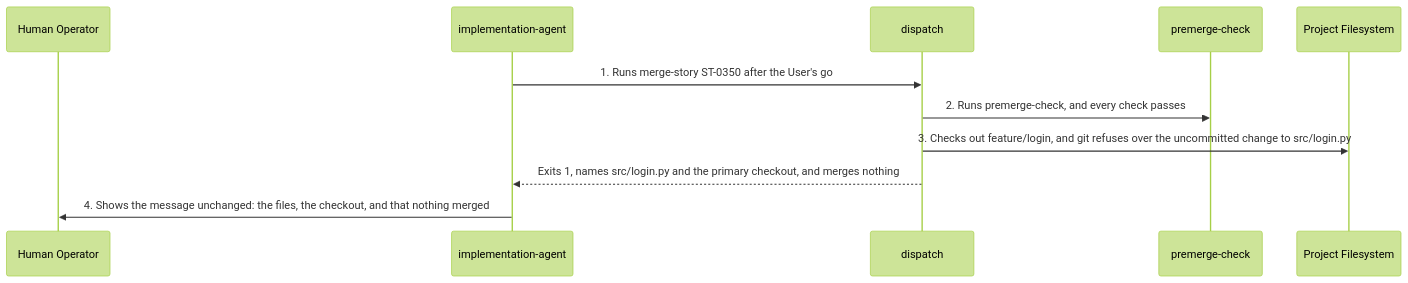
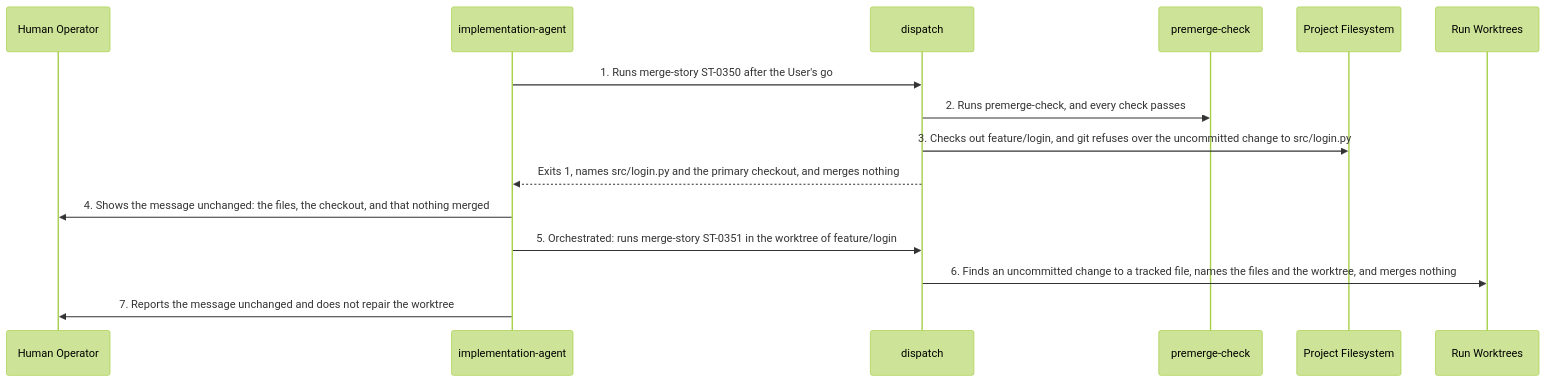
Before and after one commit to matthiasdaues/agent_factory: diagram 35 of 36 in docs/arc42/06_runtime_view.md, drawn with Mermaid (forest theme). The commit also changed other lines of this file and 49 other files, not shown here.

First line of the commit message:
refactor: settle the refused merge cases of the run lifecycle (ATAM-0025)

````diff
--- a/docs/arc42/06_runtime_view.md
+++ b/docs/arc42/06_runtime_view.md
@@ -1467,14 +1467,18 @@
 ```mermaid
 sequenceDiagram
     participant U as Human Operator
     participant IA as implementation-agent
     participant D as dispatch
     participant PC as premerge-check
     participant PF as Project Filesystem
+    participant RW as Run Worktrees
 
     IA->>D: 1. Runs merge-story ST-0350 after the User's go
     D->>PC: 2. Runs premerge-check, and every check passes
     D->>PF: 3. Checks out feature/login, and git refuses over the uncommitted change to src/login.py
     D-->>IA: Exits 1, names src/login.py and the primary checkout, and merges nothing
     IA->>U: 4. Shows the message unchanged: the files, the checkout, and that nothing merged
+    IA->>D: 5. Orchestrated: runs merge-story ST-0351 in the worktree of feature/login
+    D->>RW: 6. Finds an uncommitted change to a tracked file, names the files and the worktree, and merges nothing
+    IA->>U: 7. Reports the message unchanged and does not repair the worktree
 ```
````
